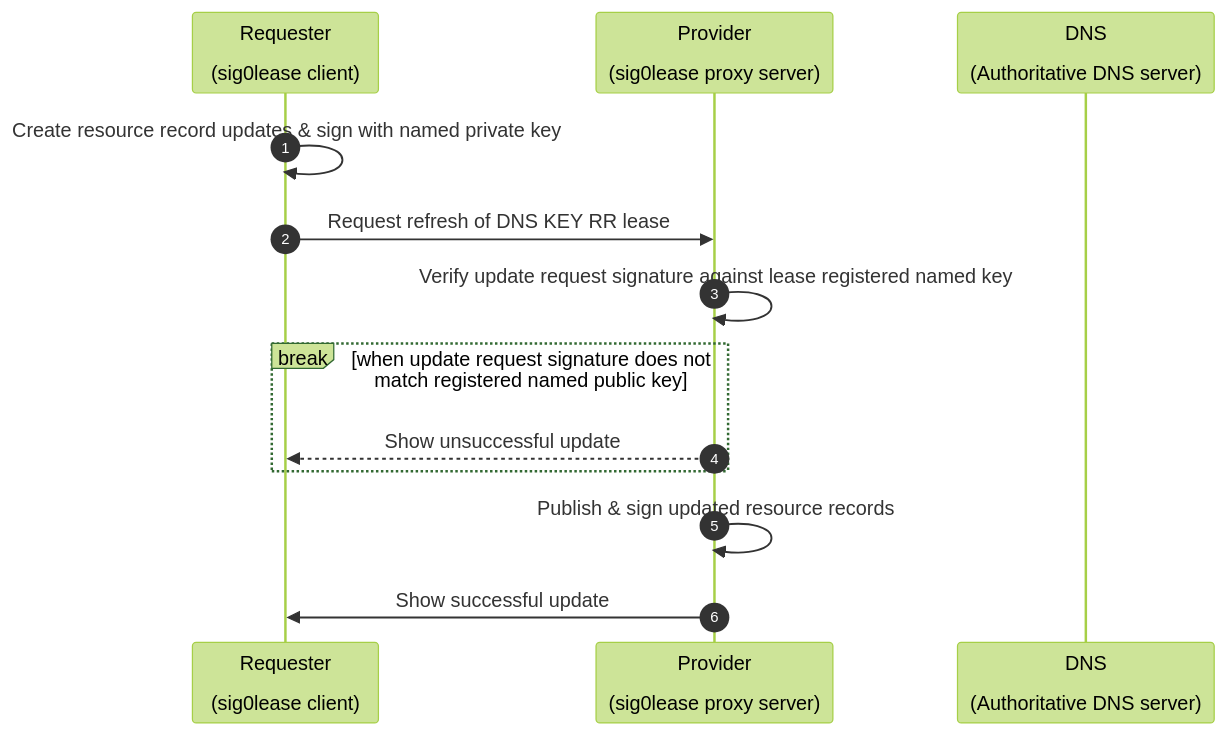
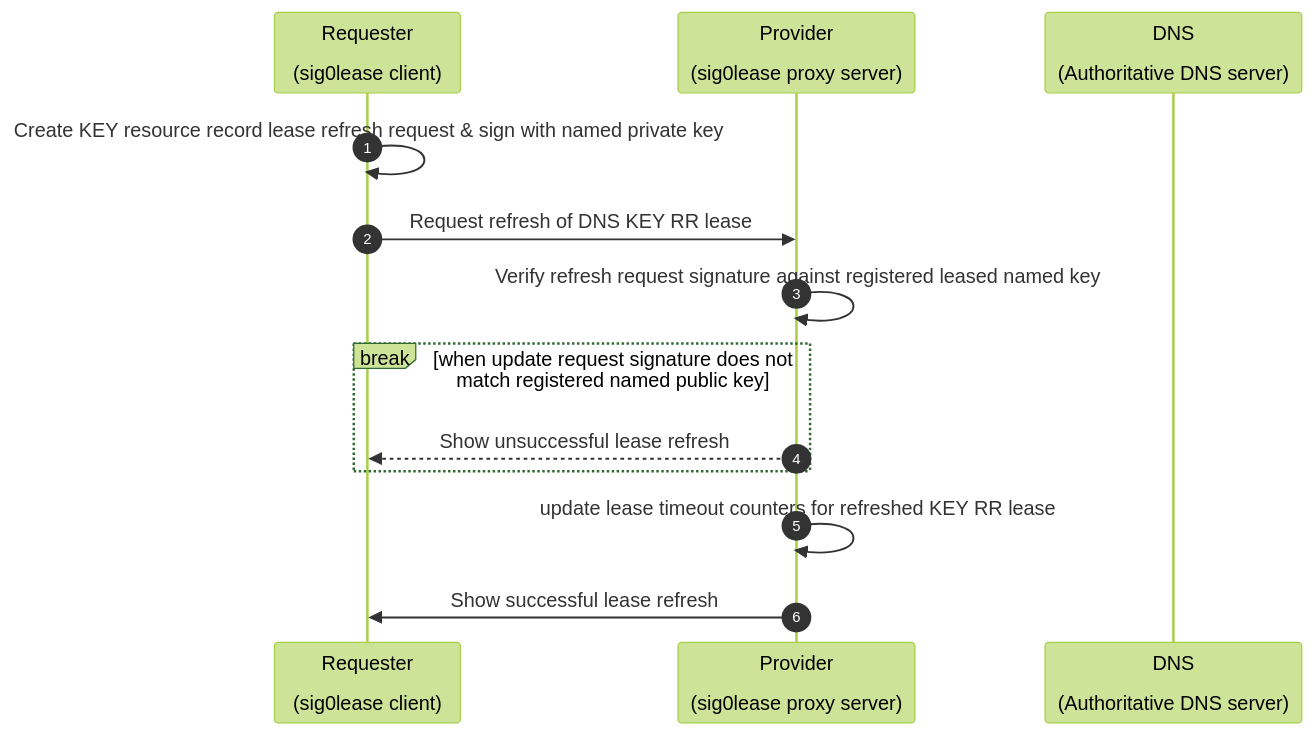
Before and after one commit to NetworkCommons/sig0lease: the second of 2 diagrams in README.md, drawn with Mermaid (forest theme). The commit also changed other lines of this file, not shown here.

Commit message:
adds correct RFC terminology in mermaid steps

````diff
--- a/README.md
+++ b/README.md
@@ -99,15 +99,15 @@
 ```mermaid
 sequenceDiagram
 autonumber
   participant R as Requester<br><br> (sig0lease client)
   participant P as Provider<br><br>(sig0lease proxy server)
   participant D as DNS<br><br>(Authoritative DNS server)
-  R->>R: Create resource record updates & sign with named private key
+  R->>R: Create KEY resource record lease refresh request & sign with named private key
   R->>P: Request refresh of DNS KEY RR lease
-  P->>P: Verify update request signature against lease registered named key
+  P->>P: Verify refresh request signature against registered leased named key
   break when update request signature does not match registered named public key
-    P-->>R: Show unsuccessful update
+    P-->>R: Show unsuccessful lease refresh
   end
-  P->>P: Publish & sign updated resource records
-  P->>R: Show successful update
+  P->>P: update lease timeout counters for refreshed KEY RR lease
+  P->>R: Show successful lease refresh
 ```
````
